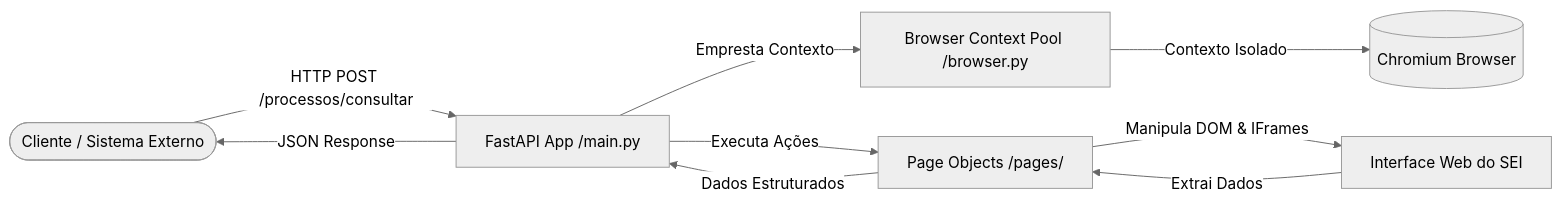
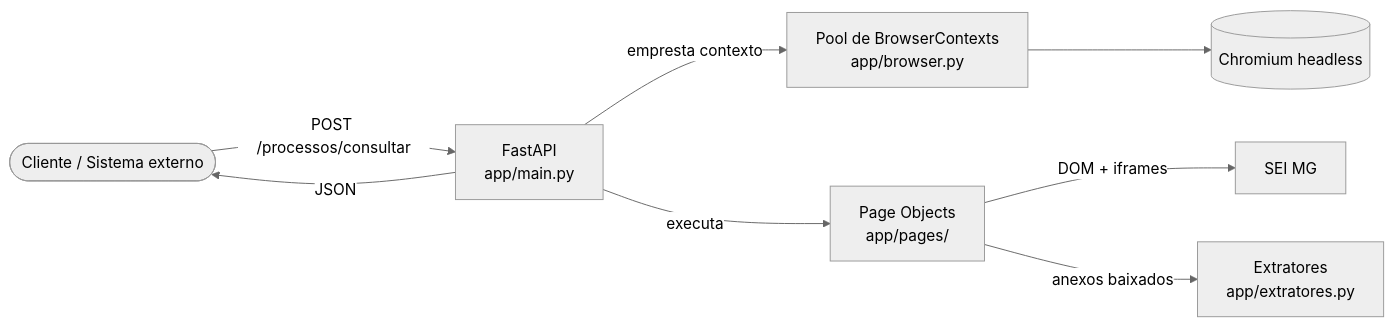
The first of 2 diagrams in ARQUITETURA.md (cleytonfs777/ProjetoAssistSDTS3), drawn with Mermaid (neutral theme) before and after one commit. The commit also changed other lines of this file and 38 other files, not shown here.

````diff
--- a/ARQUITETURA.md
+++ b/ARQUITETURA.md
@@ -11,11 +33,10 @@
 ```mermaid
 flowchart LR
-    Client([Cliente / Sistema Externo]) -->|HTTP POST /processos/consultar| FastAPI[FastAPI App /main.py]
-    FastAPI -->|Empresta Contexto| Pool[Browser Context Pool /browser.py]
-    Pool -->|Contexto Isolado| Chromium[(Chromium Browser)]
-    FastAPI -->|Executa Ações| POM[Page Objects /pages/]
-    POM -->|Manipula DOM & IFrames| SEI[Interface Web do SEI]
-    SEI -->|Extrai Dados| POM
-    POM -->|Dados Estruturados| FastAPI
-    FastAPI -->|JSON Response| Client
+    Client([Cliente / Sistema externo]) -->|POST /processos/consultar| API[FastAPI<br/>app/main.py]
+    API -->|empresta contexto| Pool[Pool de BrowserContexts<br/>app/browser.py]
+    Pool --> Chromium[(Chromium headless)]
+    API -->|executa| POM[Page Objects<br/>app/pages/]
+    POM -->|DOM + iframes| SEI[SEI MG]
+    POM -->|anexos baixados| EXT[Extratores<br/>app/extratores.py]
+    API -->|JSON| Client
 ```
````
